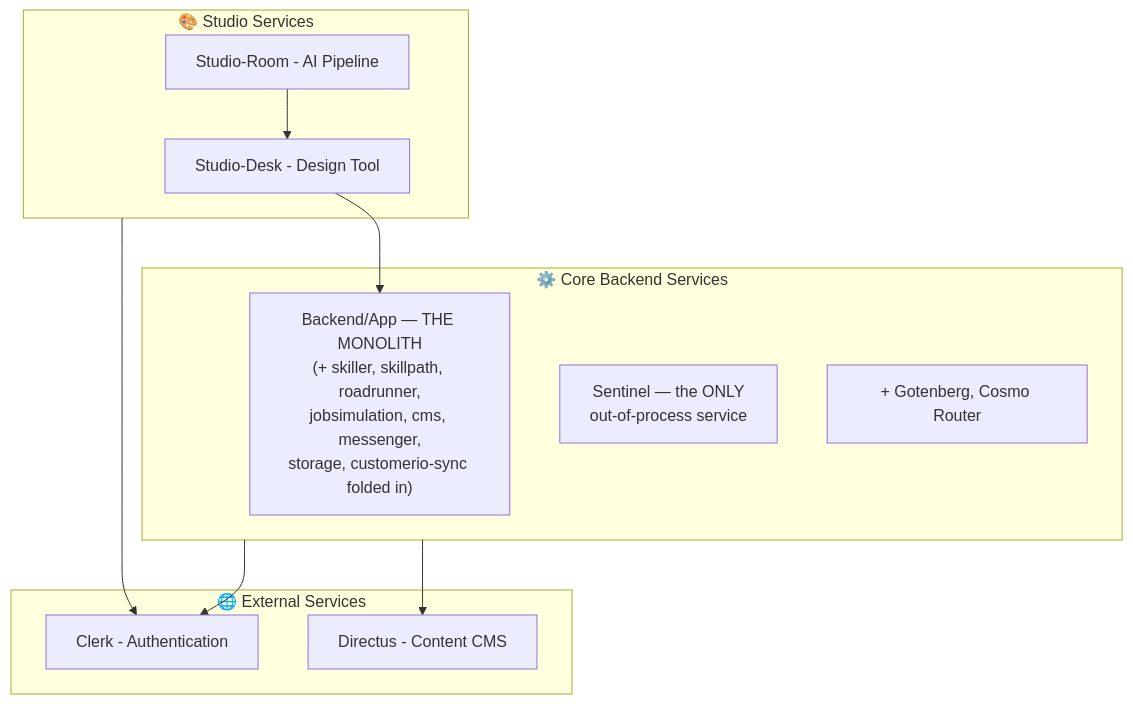
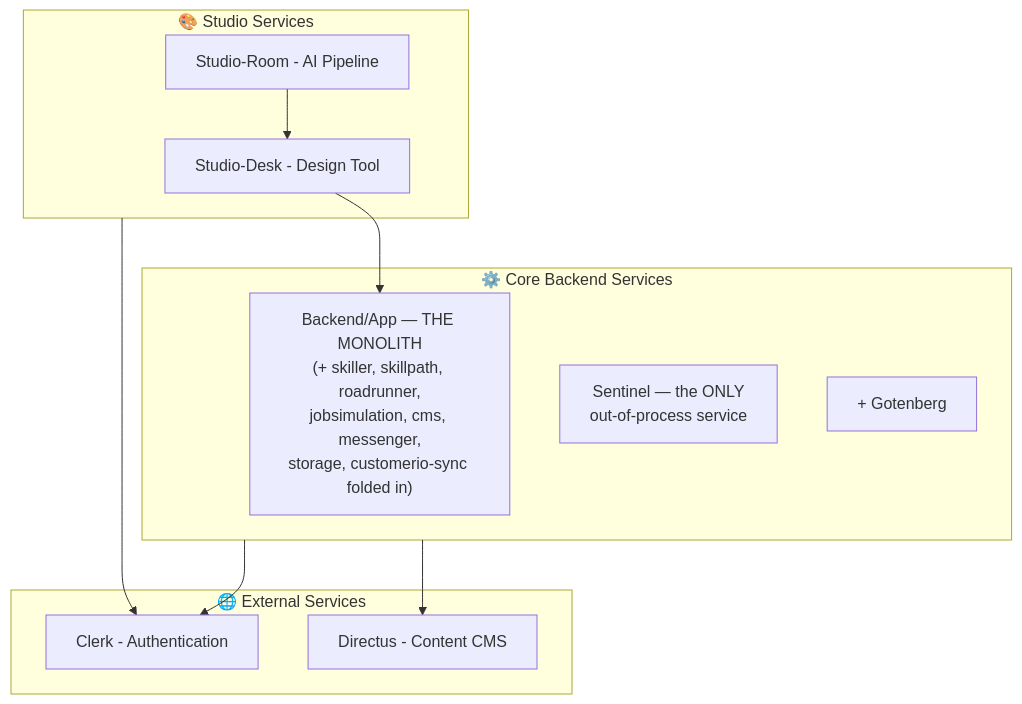
The diagram in corpus/architecture/service_taxonomy.md (anthropos-work/rosetta), drawn with Mermaid before and after one commit. The commit also changed other lines of this file and 37 other files, not shown here.

````diff
--- a/corpus/architecture/service_taxonomy.md
+++ b/corpus/architecture/service_taxonomy.md
@@ -13,24 +13,24 @@
 ```mermaid
 graph TB
     subgraph External["🌐 External Services"]
         Clerk[Clerk - Authentication]
         Directus[Directus - Content CMS]
     end
     
     subgraph Studio["🎨 Studio Services"]
         Desk[Studio-Desk - Design Tool]
         Room[Studio-Room - AI Pipeline]
     end
     
     subgraph Core["⚙️ Core Backend Services"]
         Backend["Backend/App — THE MONOLITH<br/>(+ skiller, skillpath, roadrunner,<br/>jobsimulation, cms, messenger,<br/>storage, customerio-sync folded in)"]
         Sentinel["Sentinel — the ONLY<br/>out-of-process service"]
-        Others[+ Gotenberg, Cosmo Router]
+        Others[+ Gotenberg]
     end
     
     Desk --> Backend
     Room --> Desk
     Core --> Directus
     Studio --> Clerk
     Core --> Clerk
 ```
````
